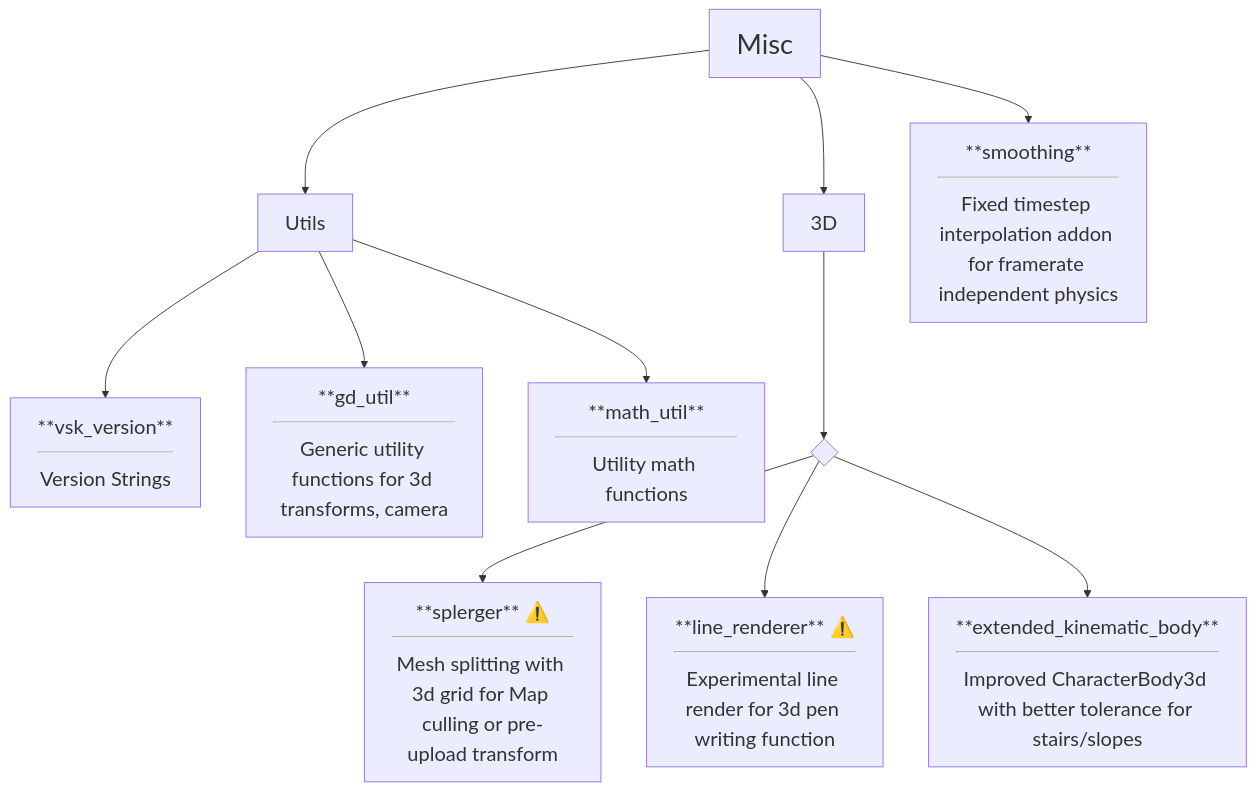
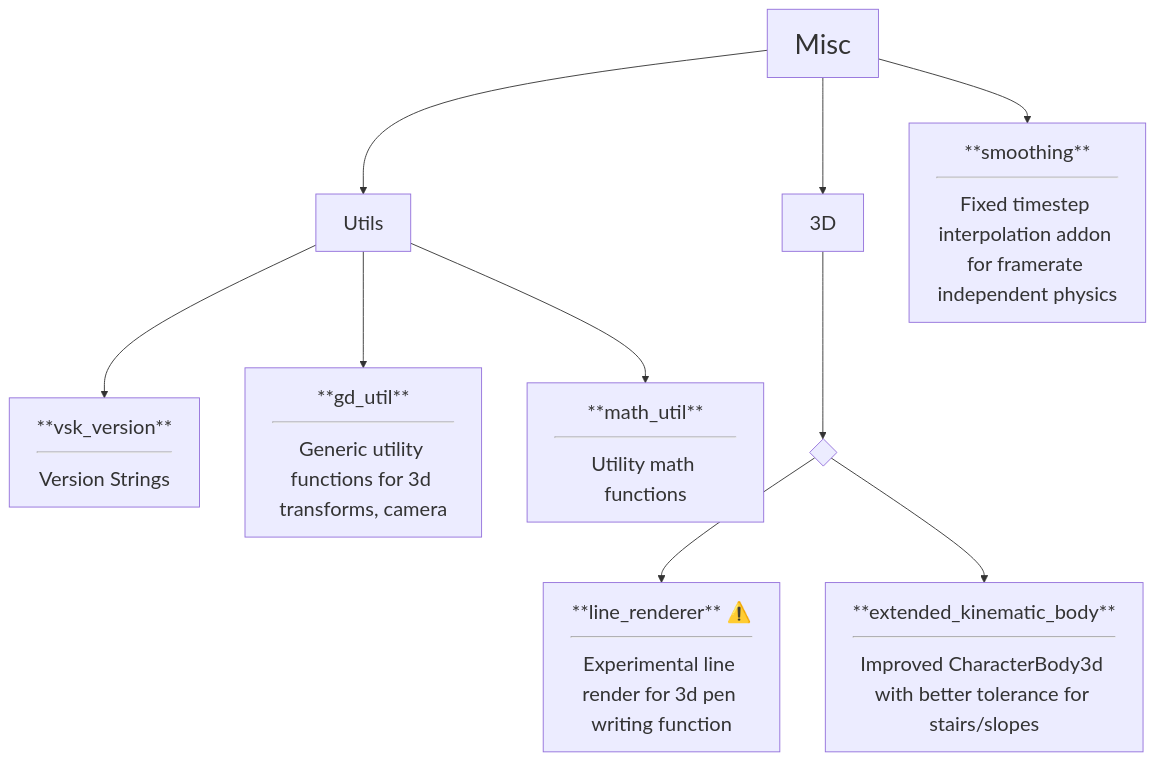
One commit to V-Sekai/v-sekai-game changed the eighth of 8 diagrams in CODEBASE.md. Above: the diagram before and after it, drawn with Mermaid. The commit also changed 140 other files, not shown here.

````diff
--- a/CODEBASE.md
+++ b/CODEBASE.md
@@ -118,17 +118,16 @@
 ```mermaid
 %%{init: {'themeVariables': { 'fontSize': '22px' }}}%%
 flowchart TD
         Misc --> Utils
             Utils --> addon33[**vsk_version**<hr>Version Strings]
             Utils --> addon34[**gd_util**<hr>Generic utility functions for 3d transforms, camera]
             Utils --> addon35[**math_util**<hr>Utility math functions]
         Misc --> 3D
             3D --> ctrl1{" "}
-            ctrl1 --> addon36[**splerger** ⚠️<hr>Mesh splitting with 3d grid for Map culling or pre-upload transform]
             ctrl1 --> addon37[**line_renderer** ⚠️<hr>Experimental line render for 3d pen writing function]
             ctrl1 --> addon38[**extended_kinematic_body**<hr>Improved CharacterBody3d with better tolerance for stairs/slopes]
         Misc --> addon39[**smoothing**<hr>Fixed timestep interpolation addon for framerate independent physics]
 
     classDef Category font-size:30px
     class Misc Category
 ```
````
